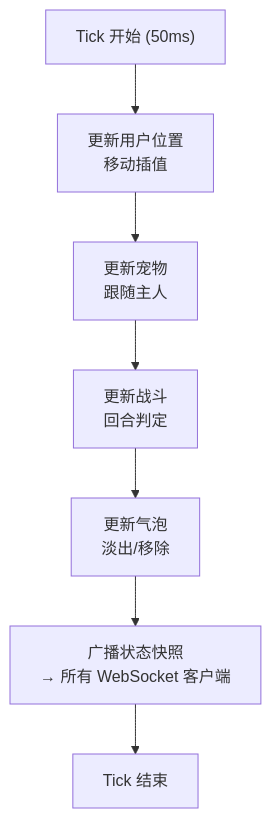
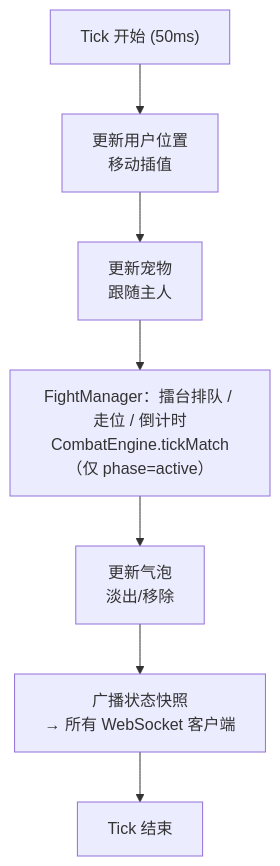
One commit to nannyu/cyber-bathhouse changed the fourth of 10 diagrams in docs/ARCHITECTURE.md. Above: the diagram before and after it, drawn with Mermaid. The commit also changed other lines of this file and 16 other files, not shown here.

````diff
--- a/docs/ARCHITECTURE.md
+++ b/docs/ARCHITECTURE.md
@@ -125,9 +125,9 @@
 ```mermaid
 graph TD
     Start["Tick 开始 (50ms)"] --> UpdateUsers["更新用户位置<br/>移动插值"]
     UpdateUsers --> UpdatePets["更新宠物<br/>跟随主人"]
-    UpdatePets --> UpdateFights["更新战斗<br/>回合判定"]
+    UpdatePets --> UpdateFights["FightManager：擂台排队 / 走位 / 倒计时<br/>CombatEngine.tickMatch（仅 phase=active）"]
     UpdateFights --> UpdateBubbles["更新气泡<br/>淡出/移除"]
     UpdateBubbles --> Broadcast["广播状态快照<br/>→ 所有 WebSocket 客户端"]
     Broadcast --> End["Tick 结束"]
 ```
````
